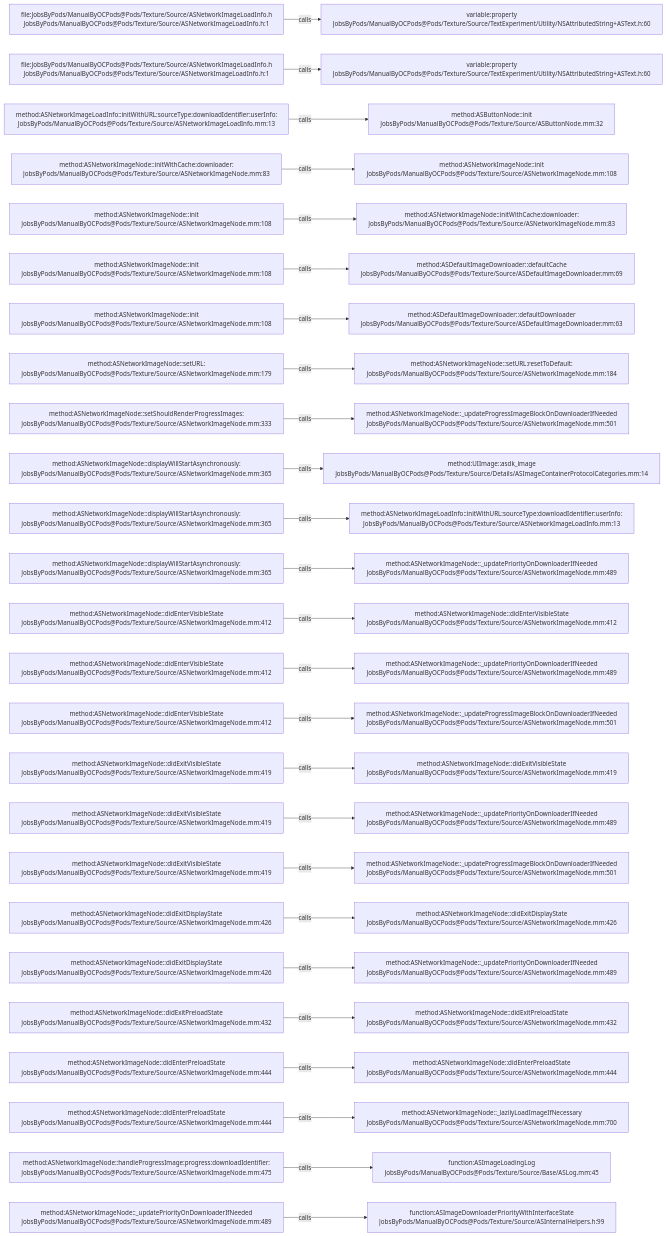
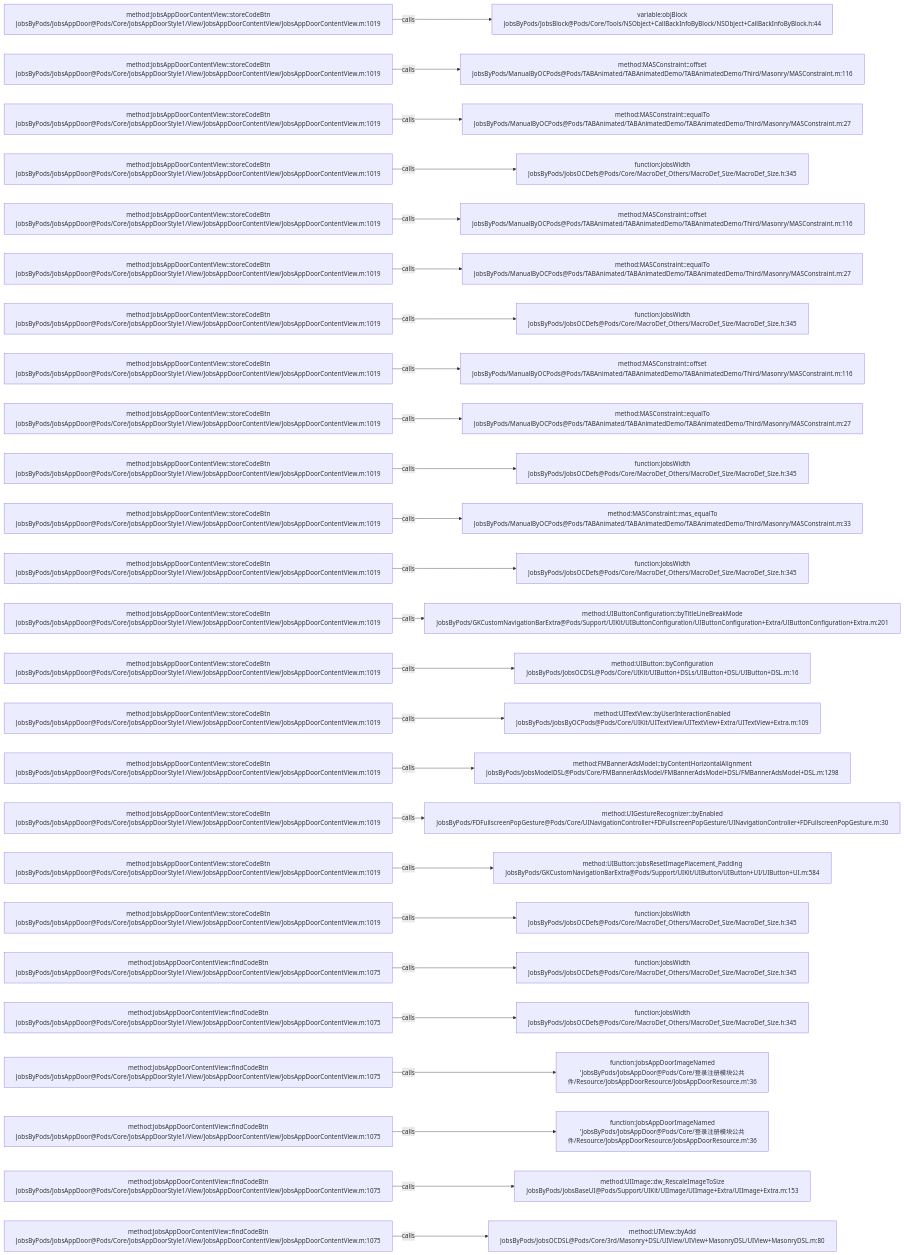
One commit to JobsKits/JobsOCBaseConfigDemo changed the diagram in .codegraph/codegraph.md/graphs/calls-102.md. Above: the diagram before and after it, drawn with Mermaid. The commit also changed 768 other files, not shown here.

````diff
--- a/.codegraph/codegraph.md/graphs/calls-102.md
+++ b/.codegraph/codegraph.md/graphs/calls-102.md
@@ -13,78 +13,78 @@
 ```mermaid
 flowchart LR
-  S1["file:JobsByPods/ManualByOCPods@Pods/Texture/Source/ASNetworkImageLoadInfo.h<br/>JobsByPods/ManualByOCPods@Pods/Texture/Source/ASNetworkImageLoadInfo.h:1"]
-  T1["variable:property<br/>JobsByPods/ManualByOCPods@Pods/Texture/Source/TextExperiment/Utility/NSAttributedString+ASText.h:60"]
+  S1["method:JobsAppDoorContentView::storeCodeBtn<br/>JobsByPods/JobsAppDoor@Pods/Core/JobsAppDoorStyle1/View/JobsAppDoorContentView/JobsAppDoorContentView.m:1019"]
+  T1["variable:objBlock<br/>JobsByPods/JobsBlock@Pods/Core/Tools/NSObject+CallBackInfoByBlock/NSObject+CallBackInfoByBlock.h:44"]
   S1 -->|calls| T1
-  S2["file:JobsByPods/ManualByOCPods@Pods/Texture/Source/ASNetworkImageLoadInfo.h<br/>JobsByPods/ManualByOCPods@Pods/Texture/Source/ASNetworkImageLoadInfo.h:1"]
-  T2["variable:property<br/>JobsByPods/ManualByOCPods@Pods/Texture/Source/TextExperiment/Utility/NSAttributedString+ASText.h:60"]
+  S2["method:JobsAppDoorContentView::storeCodeBtn<br/>JobsByPods/JobsAppDoor@Pods/Core/JobsAppDoorStyle1/View/JobsAppDoorContentView/JobsAppDoorContentView.m:1019"]
+  T2["method:MASConstraint::offset<br/>JobsByPods/ManualByOCPods@Pods/TABAnimated/TABAnimatedDemo/TABAnimatedDemo/Third/Masonry/MASConstraint.m:116"]
   S2 -->|calls| T2
-  S3["method:ASNetworkImageLoadInfo::initWithURL:sourceType:downloadIdentifier:userInfo:<br/>JobsByPods/ManualByOCPods@Pods/Texture/Source/ASNetworkImageLoadInfo.mm:13"]
-  T3["method:ASButtonNode::init<br/>JobsByPods/ManualByOCPods@Pods/Texture/Source/ASButtonNode.mm:32"]
+  S3["method:JobsAppDoorContentView::storeCodeBtn<br/>JobsByPods/JobsAppDoor@Pods/Core/JobsAppDoorStyle1/View/JobsAppDoorContentView/JobsAppDoorContentView.m:1019"]
+  T3["method:MASConstraint::equalTo<br/>JobsByPods/ManualByOCPods@Pods/TABAnimated/TABAnimatedDemo/TABAnimatedDemo/Third/Masonry/MASConstraint.m:27"]
   S3 -->|calls| T3
-  S4["method:ASNetworkImageNode::initWithCache:downloader:<br/>JobsByPods/ManualByOCPods@Pods/Texture/Source/ASNetworkImageNode.mm:83"]
-  T4["method:ASNetworkImageNode::init<br/>JobsByPods/ManualByOCPods@Pods/Texture/Source/ASNetworkImageNode.mm:108"]
+  S4["method:JobsAppDoorContentView::storeCodeBtn<br/>JobsByPods/JobsAppDoor@Pods/Core/JobsAppDoorStyle1/View/JobsAppDoorContentView/JobsAppDoorContentView.m:1019"]
+  T4["function:JobsWidth<br/>JobsByPods/JobsOCDefs@Pods/Core/MacroDef_Others/MacroDef_Size/MacroDef_Size.h:345"]
   S4 -->|calls| T4
-  S5["method:ASNetworkImageNode::init<br/>JobsByPods/ManualByOCPods@Pods/Texture/Source/ASNetworkImageNode.mm:108"]
-  T5["method:ASNetworkImageNode::initWithCache:downloader:<br/>JobsByPods/ManualByOCPods@Pods/Texture/Source/ASNetworkImageNode.mm:83"]
+  S5["method:JobsAppDoorContentView::storeCodeBtn<br/>JobsByPods/JobsAppDoor@Pods/Core/JobsAppDoorStyle1/View/JobsAppDoorContentView/JobsAppDoorContentView.m:1019"]
+  T5["method:MASConstraint::offset<br/>JobsByPods/ManualByOCPods@Pods/TABAnimated/TABAnimatedDemo/TABAnimatedDemo/Third/Masonry/MASConstraint.m:116"]
   S5 -->|calls| T5
-  S6["method:ASNetworkImageNode::init<br/>JobsByPods/ManualByOCPods@Pods/Texture/Source/ASNetworkImageNode.mm:108"]
-  T6["method:ASDefaultImageDownloader::defaultCache<br/>JobsByPods/ManualByOCPods@Pods/Texture/Source/ASDefaultImageDownloader.mm:69"]
+  S6["method:JobsAppDoorContentView::storeCodeBtn<br/>JobsByPods/JobsAppDoor@Pods/Core/JobsAppDoorStyle1/View/JobsAppDoorContentView/JobsAppDoorContentView.m:1019"]
+  T6["method:MASConstraint::equalTo<br/>JobsByPods/ManualByOCPods@Pods/TABAnimated/TABAnimatedDemo/TABAnimatedDemo/Third/Masonry/MASConstraint.m:27"]
   S6 -->|calls| T6
-  S7["method:ASNetworkImageNode::init<br/>JobsByPods/ManualByOCPods@Pods/Texture/Source/ASNetworkImageNode.mm:108"]
-  T7["method:ASDefaultImageDownloader::defaultDownloader<br/>JobsByPods/ManualByOCPods@Pods/Texture/Source/ASDefaultImageDownloader.mm:63"]
+  S7["method:JobsAppDoorContentView::storeCodeBtn<br/>JobsByPods/JobsAppDoor@Pods/Core/JobsAppDoorStyle1/View/JobsAppDoorContentView/JobsAppDoorContentView.m:1019"]
+  T7["function:JobsWidth<br/>JobsByPods/JobsOCDefs@Pods/Core/MacroDef_Others/MacroDef_Size/MacroDef_Size.h:345"]
   S7 -->|calls| T7
-  S8["method:ASNetworkImageNode::setURL:<br/>JobsByPods/ManualByOCPods@Pods/Texture/Source/ASNetworkImageNode.mm:179"]
-  T8["method:ASNetworkImageNode::setURL:resetToDefault:<br/>JobsByPods/ManualByOCPods@Pods/Texture/Source/ASNetworkImageNode.mm:184"]
+  S8["method:JobsAppDoorContentView::storeCodeBtn<br/>JobsByPods/JobsAppDoor@Pods/Core/JobsAppDoorStyle1/View/JobsAppDoorContentView/JobsAppDoorContentView.m:1019"]
+  T8["method:MASConstraint::offset<br/>JobsByPods/ManualByOCPods@Pods/TABAnimated/TABAnimatedDemo/TABAnimatedDemo/Third/Masonry/MASConstraint.m:116"]
   S8 -->|calls| T8
-  S9["method:ASNetworkImageNode::setShouldRenderProgressImages:<br/>JobsByPods/ManualByOCPods@Pods/Texture/Source/ASNetworkImageNode.mm:333"]
-  T9["method:ASNetworkImageNode::_updateProgressImageBlockOnDownloaderIfNeeded<br/>JobsByPods/ManualByOCPods@Pods/Texture/Source/ASNetworkImageNode.mm:501"]
+  S9["method:JobsAppDoorContentView::storeCodeBtn<br/>JobsByPods/JobsAppDoor@Pods/Core/JobsAppDoorStyle1/View/JobsAppDoorContentView/JobsAppDoorContentView.m:1019"]
+  T9["method:MASConstraint::equalTo<br/>JobsByPods/ManualByOCPods@Pods/TABAnimated/TABAnimatedDemo/TABAnimatedDemo/Third/Masonry/MASConstraint.m:27"]
   S9 -->|calls| T9
-  S10["method:ASNetworkImageNode::displayWillStartAsynchronously:<br/>JobsByPods/ManualByOCPods@Pods/Texture/Source/ASNetworkImageNode.mm:365"]
-  T10["method:UIImage::asdk_image<br/>JobsByPods/ManualByOCPods@Pods/Texture/Source/Details/ASImageContainerProtocolCategories.mm:14"]
+  S10["method:JobsAppDoorContentView::storeCodeBtn<br/>JobsByPods/JobsAppDoor@Pods/Core/JobsAppDoorStyle1/View/JobsAppDoorContentView/JobsAppDoorContentView.m:1019"]
+  T10["function:JobsWidth<br/>JobsByPods/JobsOCDefs@Pods/Core/MacroDef_Others/MacroDef_Size/MacroDef_Size.h:345"]
   S10 -->|calls| T10
-  S11["method:ASNetworkImageNode::displayWillStartAsynchronously:<br/>JobsByPods/ManualByOCPods@Pods/Texture/Source/ASNetworkImageNode.mm:365"]
-  T11["method:ASNetworkImageLoadInfo::initWithURL:sourceType:downloadIdentifier:userInfo:<br/>JobsByPods/ManualByOCPods@Pods/Texture/Source/ASNetworkImageLoadInfo.mm:13"]
+  S11["method:JobsAppDoorContentView::storeCodeBtn<br/>JobsByPods/JobsAppDoor@Pods/Core/JobsAppDoorStyle1/View/JobsAppDoorContentView/JobsAppDoorContentView.m:1019"]
+  T11["method:MASConstraint::mas_equalTo<br/>JobsByPods/ManualByOCPods@Pods/TABAnimated/TABAnimatedDemo/TABAnimatedDemo/Third/Masonry/MASConstraint.m:33"]
   S11 -->|calls| T11
-  S12["method:ASNetworkImageNode::displayWillStartAsynchronously:<br/>JobsByPods/ManualByOCPods@Pods/Texture/Source/ASNetworkImageNode.mm:365"]
-  T12["method:ASNetworkImageNode::_updatePriorityOnDownloaderIfNeeded<br/>JobsByPods/ManualByOCPods@Pods/Texture/Source/ASNetworkImageNode.mm:489"]
+  S12["method:JobsAppDoorContentView::storeCodeBtn<br/>JobsByPods/JobsAppDoor@Pods/Core/JobsAppDoorStyle1/View/JobsAppDoorContentView/JobsAppDoorContentView.m:1019"]
+  T12["function:JobsWidth<br/>JobsByPods/JobsOCDefs@Pods/Core/MacroDef_Others/MacroDef_Size/MacroDef_Size.h:345"]
   S12 -->|calls| T12
-  S13["method:ASNetworkImageNode::didEnterVisibleState<br/>JobsByPods/ManualByOCPods@Pods/Texture/Source/ASNetworkImageNode.mm:412"]
-  T13["method:ASNetworkImageNode::didEnterVisibleState<br/>JobsByPods/ManualByOCPods@Pods/Texture/Source/ASNetworkImageNode.mm:412"]
+  S13["method:JobsAppDoorContentView::storeCodeBtn<br/>JobsByPods/JobsAppDoor@Pods/Core/JobsAppDoorStyle1/View/JobsAppDoorContentView/JobsAppDoorContentView.m:1019"]
+  T13["method:UIButtonConfiguration::byTitleLineBreakMode<br/>JobsByPods/GKCustomNavigationBarExtra@Pods/Support/UIKit/UIButtonConfiguration/UIButtonConfiguration+Extra/UIButtonConfiguration+Extra.m:201"]
   S13 -->|calls| T13
-  S14["method:ASNetworkImageNode::didEnterVisibleState<br/>JobsByPods/ManualByOCPods@Pods/Texture/Source/ASNetworkImageNode.mm:412"]
-  T14["method:ASNetworkImageNode::_updatePriorityOnDownloaderIfNeeded<br/>JobsByPods/ManualByOCPods@Pods/Texture/Source/ASNetworkImageNode.mm:489"]
+  S14["method:JobsAppDoorContentView::storeCodeBtn<br/>JobsByPods/JobsAppDoor@Pods/Core/JobsAppDoorStyle1/View/JobsAppDoorContentView/JobsAppDoorContentView.m:1019"]
+  T14["method:UIButton::byConfiguration<br/>JobsByPods/JobsOCDSL@Pods/Core/UIKit/UIButton+DSLs/UIButton+DSL/UIButton+DSL.m:16"]
   S14 -->|calls| T14
-  S15["method:ASNetworkImageNode::didEnterVisibleState<br/>JobsByPods/ManualByOCPods@Pods/Texture/Source/ASNetworkImageNode.mm:412"]
-  T15["method:ASNetworkImageNode::_updateProgressImageBlockOnDownloaderIfNeeded<br/>JobsByPods/ManualByOCPods@Pods/Texture/Source/ASNetworkImageNode.mm:501"]
+  S15["method:JobsAppDoorContentView::storeCodeBtn<br/>JobsByPods/JobsAppDoor@Pods/Core/JobsAppDoorStyle1/View/JobsAppDoorContentView/JobsAppDoorContentView.m:1019"]
+  T15["method:UITextView::byUserInteractionEnabled<br/>JobsByPods/JobsByOCPods@Pods/Core/UIKit/UITextView/UITextView+Extra/UITextView+Extra.m:109"]
   S15 -->|calls| T15
-  S16["method:ASNetworkImageNode::didExitVisibleState<br/>JobsByPods/ManualByOCPods@Pods/Texture/Source/ASNetworkImageNode.mm:419"]
-  T16["method:ASNetworkImageNode::didExitVisibleState<br/>JobsByPods/ManualByOCPods@Pods/Texture/Source/ASNetworkImageNode.mm:419"]
+  S16["method:JobsAppDoorContentView::storeCodeBtn<br/>JobsByPods/JobsAppDoor@Pods/Core/JobsAppDoorStyle1/View/JobsAppDoorContentView/JobsAppDoorContentView.m:1019"]
+  T16["method:FMBannerAdsModel::byContentHorizontalAlignment<br/>JobsByPods/JobsModelDSL@Pods/Core/FMBannerAdsModel/FMBannerAdsModel+DSL/FMBannerAdsModel+DSL.m:1298"]
   S16 -->|calls| T16
-  S17["method:ASNetworkImageNode::didExitVisibleState<br/>JobsByPods/ManualByOCPods@Pods/Texture/Source/ASNetworkImageNode.mm:419"]
-  T17["method:ASNetworkImageNode::_updatePriorityOnDownloaderIfNeeded<br/>JobsByPods/ManualByOCPods@Pods/Texture/Source/ASNetworkImageNode.mm:489"]
+  S17["method:JobsAppDoorContentView::storeCodeBtn<br/>JobsByPods/JobsAppDoor@Pods/Core/JobsAppDoorStyle1/View/JobsAppDoorContentView/JobsAppDoorContentView.m:1019"]
+  T17["method:UIGestureRecognizer::byEnabled<br/>JobsByPods/FDFullscreenPopGesture@Pods/Core/UINavigationController+FDFullscreenPopGesture/UINavigationController+FDFullscreenPopGesture.m:30"]
   S17 -->|calls| T17
-  S18["method:ASNetworkImageNode::didExitVisibleState<br/>JobsByPods/ManualByOCPods@Pods/Texture/Source/ASNetworkImageNode.mm:419"]
-  T18["method:ASNetworkImageNode::_updateProgressImageBlockOnDownloaderIfNeeded<br/>JobsByPods/ManualByOCPods@Pods/Texture/Source/ASNetworkImageNode.mm:501"]
+  S18["method:JobsAppDoorContentView::storeCodeBtn<br/>JobsByPods/JobsAppDoor@Pods/Core/JobsAppDoorStyle1/View/JobsAppDoorContentView/JobsAppDoorContentView.m:1019"]
+  T18["method:UIButton::jobsResetImagePlacement_Padding<br/>JobsByPods/GKCustomNavigationBarExtra@Pods/Support/UIKit/UIButton/UIButton+UI/UIButton+UI.m:584"]
   S18 -->|calls| T18
-  S19["method:ASNetworkImageNode::didExitDisplayState<br/>JobsByPods/ManualByOCPods@Pods/Texture/Source/ASNetworkImageNode.mm:426"]
-  T19["method:ASNetworkImageNode::didExitDisplayState<br/>JobsByPods/ManualByOCPods@Pods/Texture/Source/ASNetworkImageNode.mm:426"]
+  S19["method:JobsAppDoorContentView::storeCodeBtn<br/>JobsByPods/JobsAppDoor@Pods/Core/JobsAppDoorStyle1/View/JobsAppDoorContentView/JobsAppDoorContentView.m:1019"]
+  T19["function:JobsWidth<br/>JobsByPods/JobsOCDefs@Pods/Core/MacroDef_Others/MacroDef_Size/MacroDef_Size.h:345"]
   S19 -->|calls| T19
-  S20["method:ASNetworkImageNode::didExitDisplayState<br/>JobsByPods/ManualByOCPods@Pods/Texture/Source/ASNetworkImageNode.mm:426"]
-  T20["method:ASNetworkImageNode::_updatePriorityOnDownloaderIfNeeded<br/>JobsByPods/ManualByOCPods@Pods/Texture/Source/ASNetworkImageNode.mm:489"]
+  S20["method:JobsAppDoorContentView::findCodeBtn<br/>JobsByPods/JobsAppDoor@Pods/Core/JobsAppDoorStyle1/View/JobsAppDoorContentView/JobsAppDoorContentView.m:1075"]
+  T20["function:JobsWidth<br/>JobsByPods/JobsOCDefs@Pods/Core/MacroDef_Others/MacroDef_Size/MacroDef_Size.h:345"]
   S20 -->|calls| T20
-  S21["method:ASNetworkImageNode::didExitPreloadState<br/>JobsByPods/ManualByOCPods@Pods/Texture/Source/ASNetworkImageNode.mm:432"]
-  T21["method:ASNetworkImageNode::didExitPreloadState<br/>JobsByPods/ManualByOCPods@Pods/Texture/Source/ASNetworkImageNode.mm:432"]
+  S21["method:JobsAppDoorContentView::findCodeBtn<br/>JobsByPods/JobsAppDoor@Pods/Core/JobsAppDoorStyle1/View/JobsAppDoorContentView/JobsAppDoorContentView.m:1075"]
+  T21["function:JobsWidth<br/>JobsByPods/JobsOCDefs@Pods/Core/MacroDef_Others/MacroDef_Size/MacroDef_Size.h:345"]
   S21 -->|calls| T21
-  S22["method:ASNetworkImageNode::didEnterPreloadState<br/>JobsByPods/ManualByOCPods@Pods/Texture/Source/ASNetworkImageNode.mm:444"]
-  T22["method:ASNetworkImageNode::didEnterPreloadState<br/>JobsByPods/ManualByOCPods@Pods/Texture/Source/ASNetworkImageNode.mm:444"]
+  S22["method:JobsAppDoorContentView::findCodeBtn<br/>JobsByPods/JobsAppDoor@Pods/Core/JobsAppDoorStyle1/View/JobsAppDoorContentView/JobsAppDoorContentView.m:1075"]
+  T22["function:JobsAppDoorImageNamed<br/>'JobsByPods/JobsAppDoor@Pods/Core/登录注册模块公共件/Resource/JobsAppDoorResource/JobsAppDoorResource.m':36"]
   S22 -->|calls| T22
-  S23["method:ASNetworkImageNode::didEnterPreloadState<br/>JobsByPods/ManualByOCPods@Pods/Texture/Source/ASNetworkImageNode.mm:444"]
-  T23["method:ASNetworkImageNode::_lazilyLoadImageIfNecessary<br/>JobsByPods/ManualByOCPods@Pods/Texture/Source/ASNetworkImageNode.mm:700"]
+  S23["method:JobsAppDoorContentView::findCodeBtn<br/>JobsByPods/JobsAppDoor@Pods/Core/JobsAppDoorStyle1/View/JobsAppDoorContentView/JobsAppDoorContentView.m:1075"]
+  T23["function:JobsAppDoorImageNamed<br/>'JobsByPods/JobsAppDoor@Pods/Core/登录注册模块公共件/Resource/JobsAppDoorResource/JobsAppDoorResource.m':36"]
   S23 -->|calls| T23
-  S24["method:ASNetworkImageNode::handleProgressImage:progress:downloadIdentifier:<br/>JobsByPods/ManualByOCPods@Pods/Texture/Source/ASNetworkImageNode.mm:475"]
-  T24["function:ASImageLoadingLog<br/>JobsByPods/ManualByOCPods@Pods/Texture/Source/Base/ASLog.mm:45"]
+  S24["method:JobsAppDoorContentView::findCodeBtn<br/>JobsByPods/JobsAppDoor@Pods/Core/JobsAppDoorStyle1/View/JobsAppDoorContentView/JobsAppDoorContentView.m:1075"]
+  T24["method:UIImage::dw_RescaleImageToSize<br/>JobsByPods/JobsBaseUI@Pods/Support/UIKit/UIImage/UIImage+Extra/UIImage+Extra.m:153"]
   S24 -->|calls| T24
-  S25["method:ASNetworkImageNode::_updatePriorityOnDownloaderIfNeeded<br/>JobsByPods/ManualByOCPods@Pods/Texture/Source/ASNetworkImageNode.mm:489"]
-  T25["function:ASImageDownloaderPriorityWithInterfaceState<br/>JobsByPods/ManualByOCPods@Pods/Texture/Source/ASInternalHelpers.h:99"]
+  S25["method:JobsAppDoorContentView::findCodeBtn<br/>JobsByPods/JobsAppDoor@Pods/Core/JobsAppDoorStyle1/View/JobsAppDoorContentView/JobsAppDoorContentView.m:1075"]
+  T25["method:UIView::byAdd<br/>JobsByPods/JobsOCDSL@Pods/Core/3rd/Masonry+DSL/UIView/UIView+MasonryDSL/UIView+MasonryDSL.m:80"]
   S25 -->|calls| T25
 ```
````
